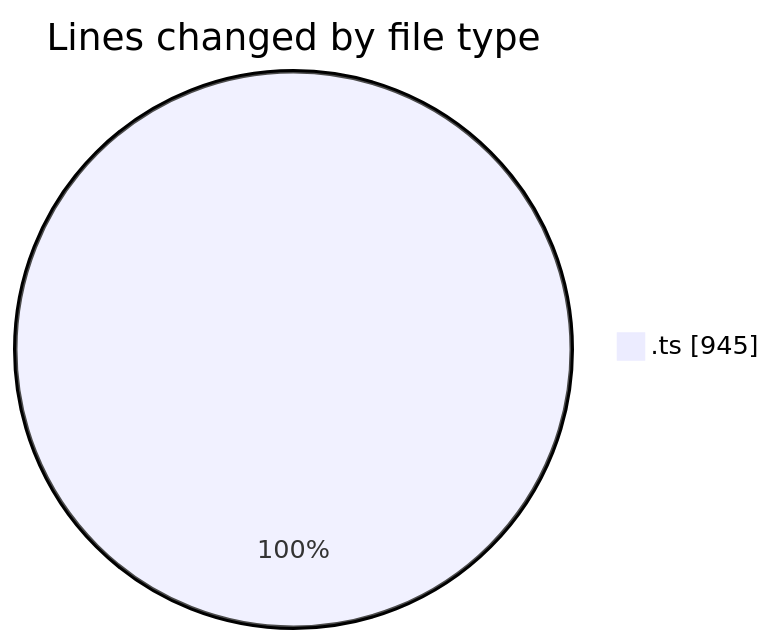
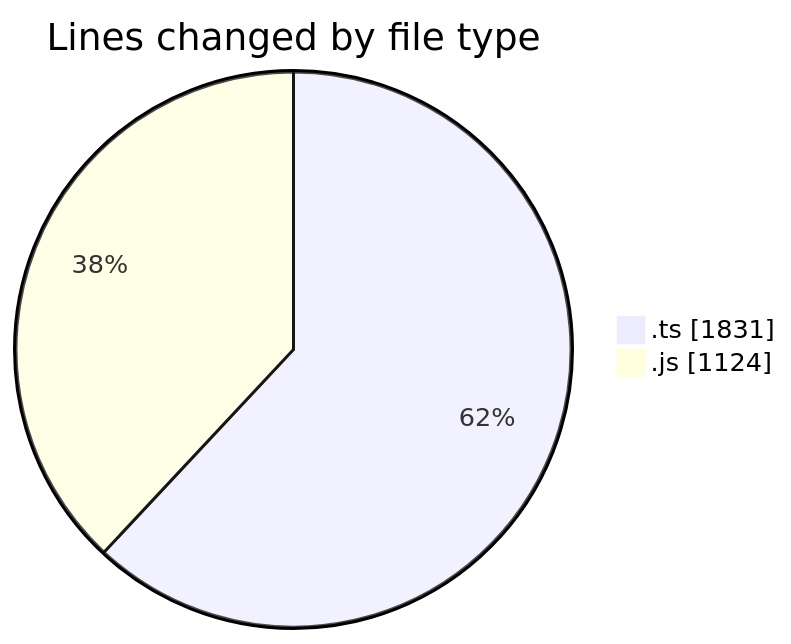
One commit to momahboobian/code-tracking changed the first of 2 diagrams in 2026-10-23/cda/README.md. Above: the diagram before and after it, drawn with Mermaid. The commit also changed other lines of this file and 1 other file, not shown here.

````diff
--- a/2026-10-23/cda/README.md
+++ b/2026-10-23/cda/README.md
@@ -20,5 +23,6 @@
 ```mermaid
 pie showData
 title Lines changed by file type
-".ts" : 945
+".ts" : 1831
+".js" : 1124
 ```
````
